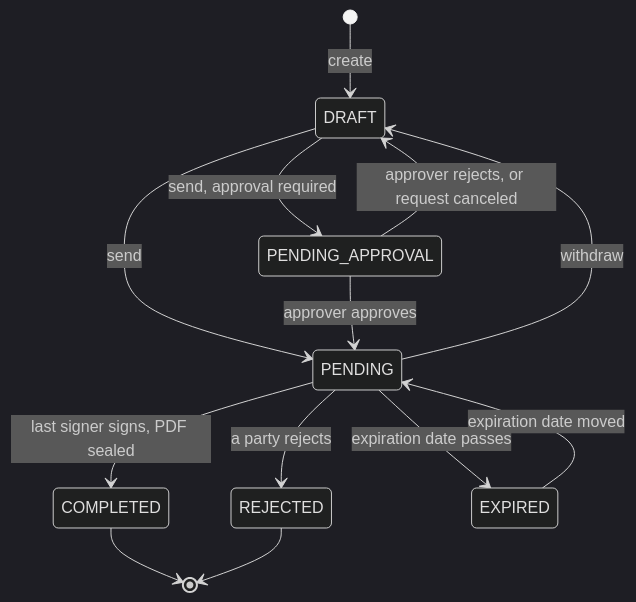
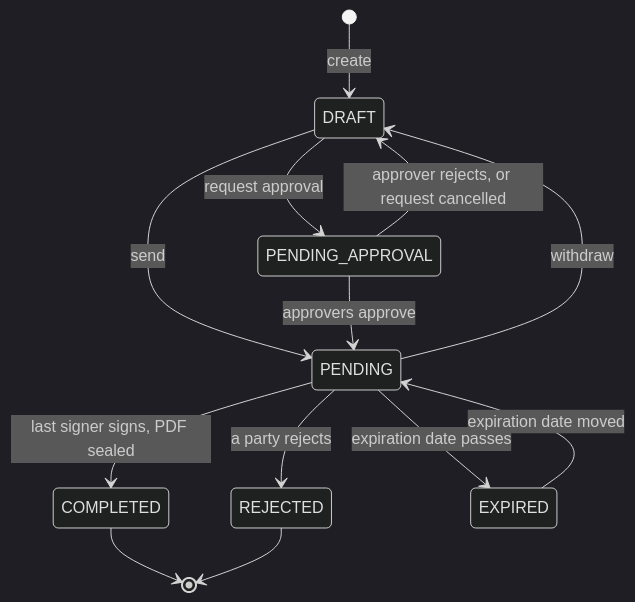
One commit to sajn-se/sajn-docs changed the diagram in concepts/documents.mdx. Above: the diagram before and after it, drawn with Mermaid (dark theme). The commit also changed other lines of this file and 83 other files, not shown here.

````diff
--- a/concepts/documents.mdx
+++ b/concepts/documents.mdx
@@ -18,15 +18,15 @@
 ```mermaid
 stateDiagram-v2
     [*] --> DRAFT: create
     DRAFT --> PENDING: send
-    DRAFT --> PENDING_APPROVAL: send, approval required
-    PENDING_APPROVAL --> PENDING: approver approves
-    PENDING_APPROVAL --> DRAFT: approver rejects, or request canceled
+    DRAFT --> PENDING_APPROVAL: request approval
+    PENDING_APPROVAL --> PENDING: approvers approve
+    PENDING_APPROVAL --> DRAFT: approver rejects, or request cancelled
     PENDING --> COMPLETED: last signer signs, PDF sealed
     PENDING --> REJECTED: a party rejects
     PENDING --> EXPIRED: expiration date passes
     EXPIRED --> PENDING: expiration date moved
     PENDING --> DRAFT: withdraw
     COMPLETED --> [*]
     REJECTED --> [*]
 ```
````
